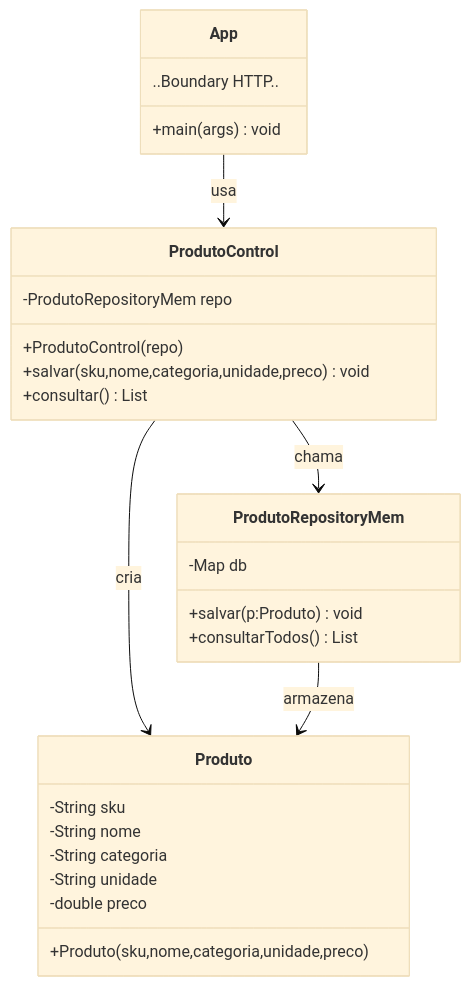
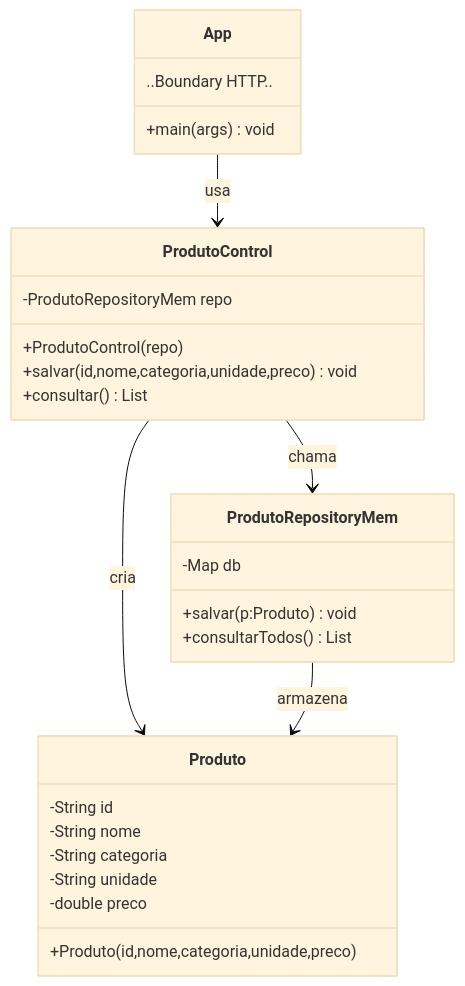
The fourth of 4 diagrams in aula5.md (marcosfrancisco/teste-alfa), drawn with Mermaid (base theme) before and after one commit. The commit also changed other lines of this file, not shown here.

````diff
--- a/aula5.md
+++ b/aula5.md
@@ -55,36 +55,36 @@
 ```mermaid
 
 classDiagram
     class Produto {
-        -String sku
+        -String id
         -String nome
         -String categoria
         -String unidade
         -double preco
-        +Produto(sku,nome,categoria,unidade,preco)
+        +Produto(id,nome,categoria,unidade,preco)
     }
 
     class ProdutoRepositoryMem {
         -Map db
         +salvar(p:Produto) void
         +consultarTodos() List
     }
 
     class ProdutoControl {
         -ProdutoRepositoryMem repo
         +ProdutoControl(repo)
-        +salvar(sku,nome,categoria,unidade,preco) void
+        +salvar(id,nome,categoria,unidade,preco) void
         +consultar() List
     }
 
     class App {
         +main(args) void
         ..Boundary HTTP..
     }
 
     App --> ProdutoControl : usa
     ProdutoControl --> Produto : cria
     ProdutoControl --> ProdutoRepositoryMem : chama
     ProdutoRepositoryMem --> Produto : armazena
 
 ```
````
